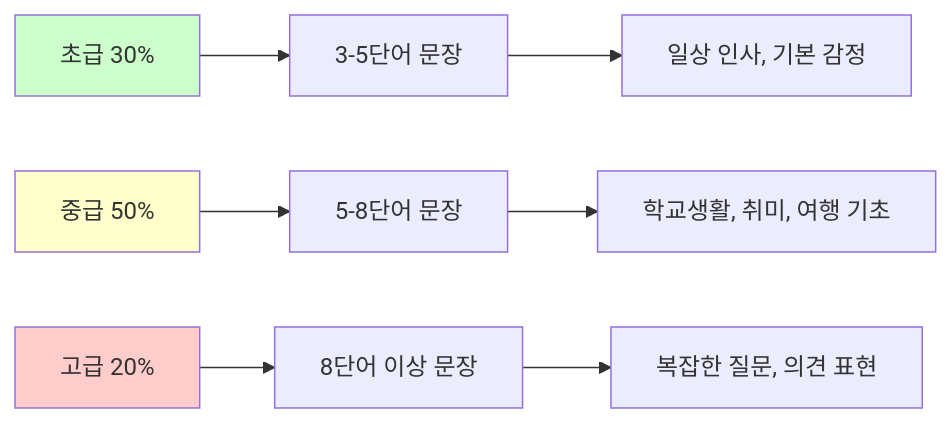
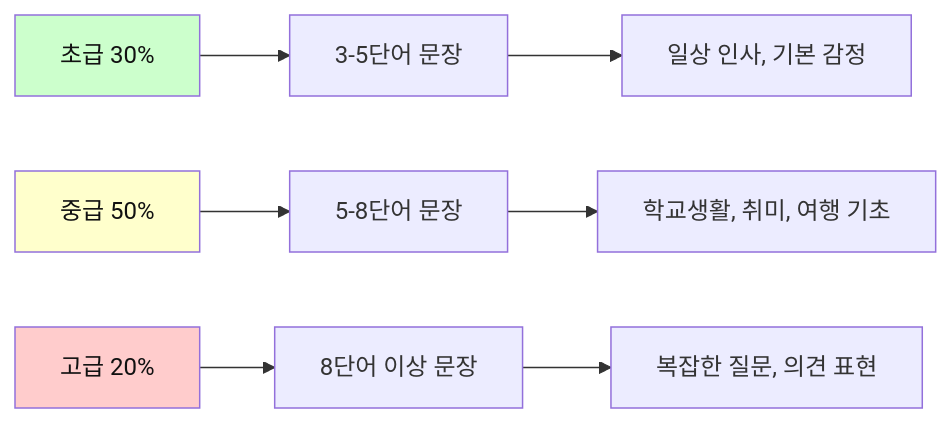
One commit to Collegenie-X/AI-English changed the tenth of 13 diagrams in 영어_일상_회화/전설의_2_초등_회화_150패턴.md. Above: the diagram before and after it, drawn with Mermaid. The commit also changed other lines of this file and 26 other files, not shown here.

````diff
--- a/영어_일상_회화/전설의_2_초등_회화_150패턴.md
+++ b/영어_일상_회화/전설의_2_초등_회화_150패턴.md
@@ -713,14 +845,14 @@
 ```mermaid
 graph LR
     A[초급 30%] --> B[3-5단어 문장]
     C[중급 50%] --> D[5-8단어 문장]
     E[고급 20%] --> F[8단어 이상 문장]
     
     B --> G[일상 인사, 기본 감정]
     D --> H[학교생활, 취미, 여행 기초]
     F --> I[복잡한 질문, 의견 표현]
     
-    style A fill:#ccffcc
-    style C fill:#ffffcc
-    style E fill:#ffcccc
+    style A fill:#ccffcc,color:#111
+    style C fill:#ffffcc,color:#111
+    style E fill:#ffcccc,color:#111
 ```
````
